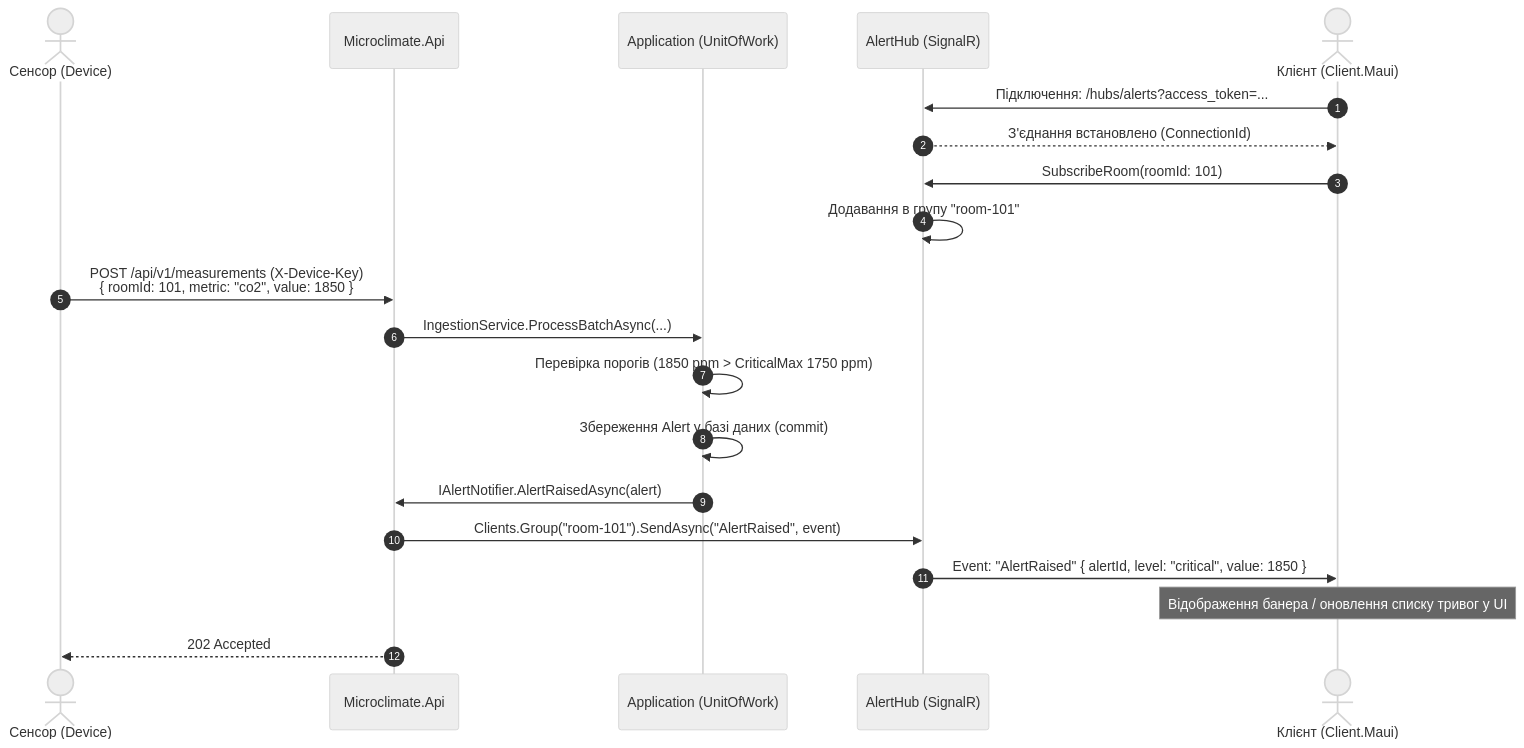
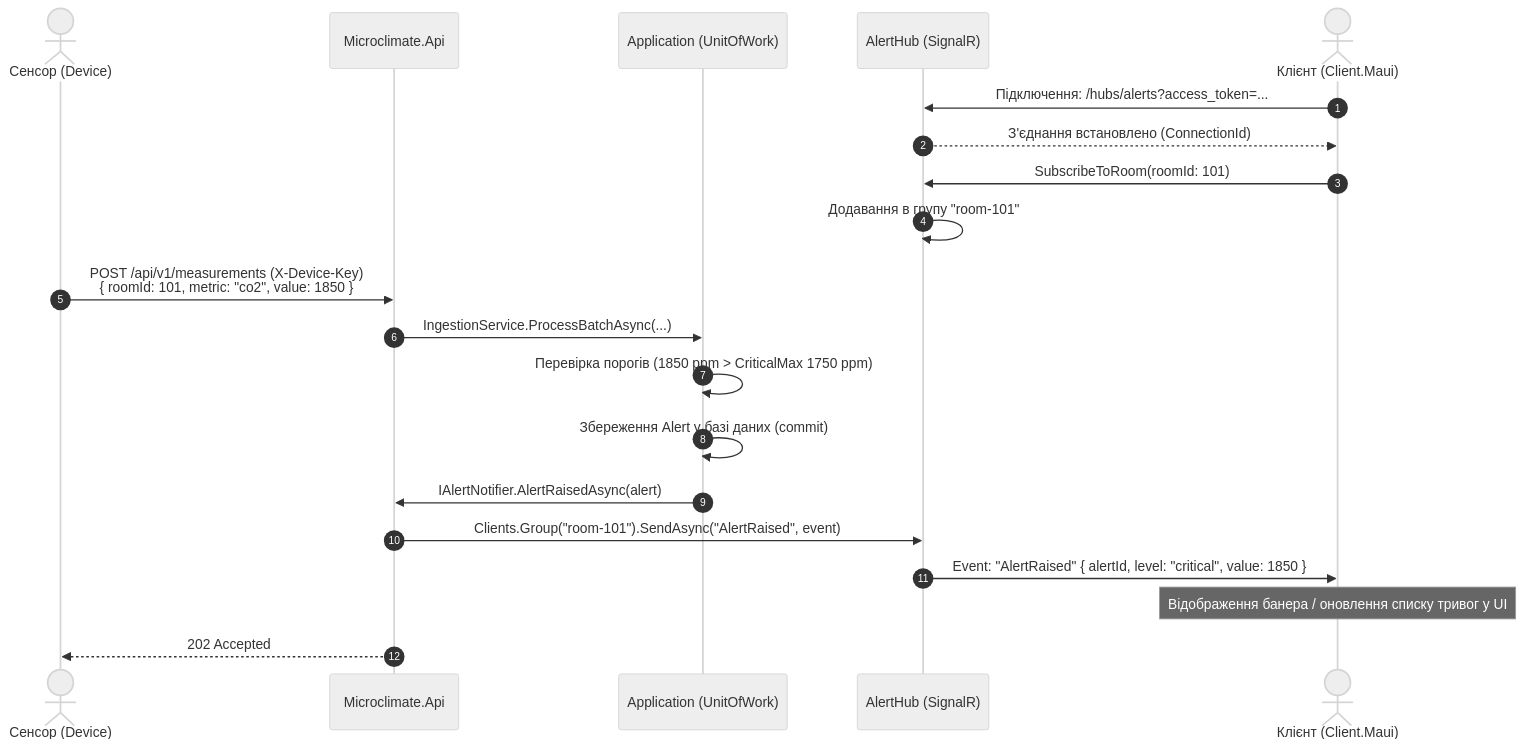
The diagram in docs/realtime.md (katyadn/mppSTEM), drawn with Mermaid (neutral theme) before and after one commit. The commit also changed other lines of this file and 13 other files, not shown here.

````diff
--- a/docs/realtime.md
+++ b/docs/realtime.md
@@ -133,24 +133,24 @@
 ```mermaid
 sequenceDiagram
     autonumber
     actor Sensor as Сенсор (Device)
     participant Api as Microclimate.Api
     participant App as Application (UnitOfWork)
     participant Hub as AlertHub (SignalR)
     actor Maui as Клієнт (Client.Maui)
 
     Maui->>Hub: Підключення: /hubs/alerts?access_token=...
     Hub-->>Maui: З'єднання встановлено (ConnectionId)
-    Maui->>Hub: SubscribeRoom(roomId: 101)
+    Maui->>Hub: SubscribeToRoom(roomId: 101)
     Hub->>Hub: Додавання в групу "room-101"
 
     Sensor->>Api: POST /api/v1/measurements (X-Device-Key)<br/>{ roomId: 101, metric: "co2", value: 1850 }
     Api->>App: IngestionService.ProcessBatchAsync(...)
     App->>App: Перевірка порогів (1850 ppm > CriticalMax 1750 ppm)
     App->>App: Збереження Alert у базі даних (commit)
     App->>Api: IAlertNotifier.AlertRaisedAsync(alert)
     Api->>Hub: Clients.Group("room-101").SendAsync("AlertRaised", event)
     Hub->>Maui: Event: "AlertRaised" { alertId, level: "critical", value: 1850 }
     Note over Maui: Відображення банера / оновлення списку тривог у UI
     Api-->>Sensor: 202 Accepted
 ```
````
